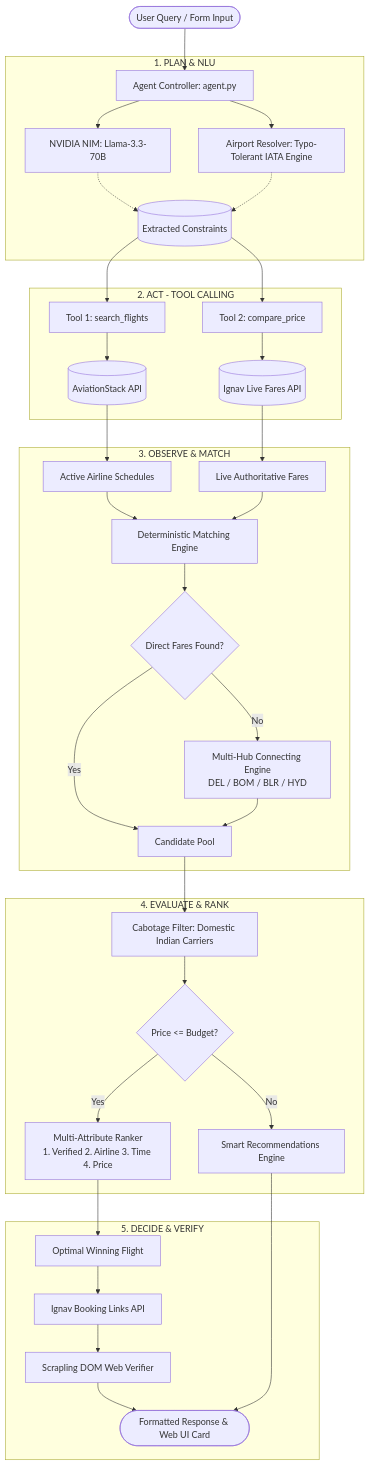
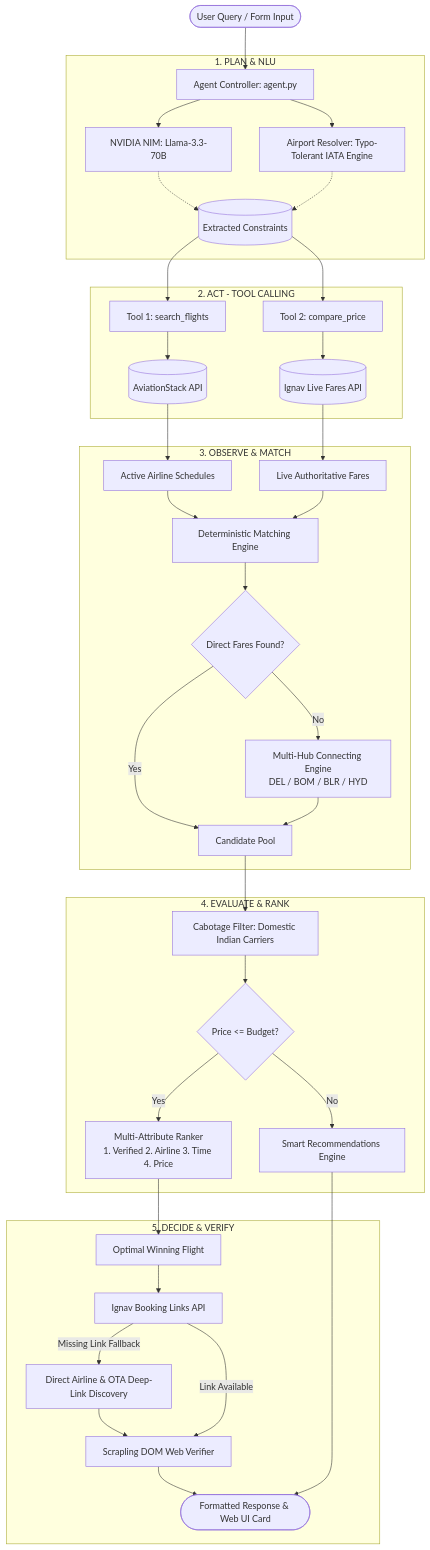
Before and after one commit to kollisathwikkumar/flights-agent: the diagram in README.md, drawn with Mermaid. The commit also changed other lines of this file, not shown here.

Commit message:
docs: update README with direct booking link discovery and Scrapling fallback documentation

````diff
--- a/README.md
+++ b/README.md
@@ -62,43 +67,45 @@
 ```mermaid
 flowchart TD
     User([User Query / Form Input]) --> AgentController[Agent Controller: agent.py]
     
     subgraph STAGE_1_PLAN [1. PLAN & NLU]
         AgentController --> NIM[NVIDIA NIM: Llama-3.3-70B]
         AgentController --> Resolver[Airport Resolver: Typo-Tolerant IATA Engine]
         NIM -.-> Params[(Extracted Constraints)]
         Resolver -.-> Params
     end
     
     subgraph STAGE_2_ACT [2. ACT - TOOL CALLING]
         Params --> Tool1[Tool 1: search_flights]
         Params --> Tool2[Tool 2: compare_price]
         Tool1 --> AviationStack[(AviationStack API)]
         Tool2 --> Ignav[(Ignav Live Fares API)]
     end
     
     subgraph STAGE_3_OBSERVE [3. OBSERVE & MATCH]
         AviationStack --> Schedules[Active Airline Schedules]
         Ignav --> LiveFares[Live Authoritative Fares]
         Schedules & LiveFares --> MatchEngine[Deterministic Matching Engine]
         MatchEngine --> DirectCandidates{Direct Fares Found?}
         DirectCandidates -- No --> HubSynthesizer[Multi-Hub Connecting Engine<br/>DEL / BOM / BLR / HYD]
         DirectCandidates -- Yes --> AllCandidates[Candidate Pool]
         HubSynthesizer --> AllCandidates
     end
     
     subgraph STAGE_4_EVALUATE [4. EVALUATE & RANK]
         AllCandidates --> CabotageFilter[Cabotage Filter: Domestic Indian Carriers]
         CabotageFilter --> BudgetFilter{Price <= Budget?}
         BudgetFilter -- Yes --> Ranker[Multi-Attribute Ranker<br/>1. Verified 2. Airline 3. Time 4. Price]
         BudgetFilter -- No --> SmartFallback[Smart Recommendations Engine]
     end
     
     subgraph STAGE_5_DECIDE [5. DECIDE & VERIFY]
         Ranker --> Winner[Optimal Winning Flight]
         Winner --> BookingAPI[Ignav Booking Links API]
-        BookingAPI --> Scrapling[Scrapling DOM Web Verifier]
+        BookingAPI -- Missing Link Fallback --> AirlineDiscovery[Direct Airline & OTA Deep-Link Discovery]
+        AirlineDiscovery --> Scrapling[Scrapling DOM Web Verifier]
+        BookingAPI -- Link Available --> Scrapling
         Scrapling --> FinalOutput([Formatted Response & Web UI Card])
         SmartFallback --> FinalOutput
     end
 ```
````
